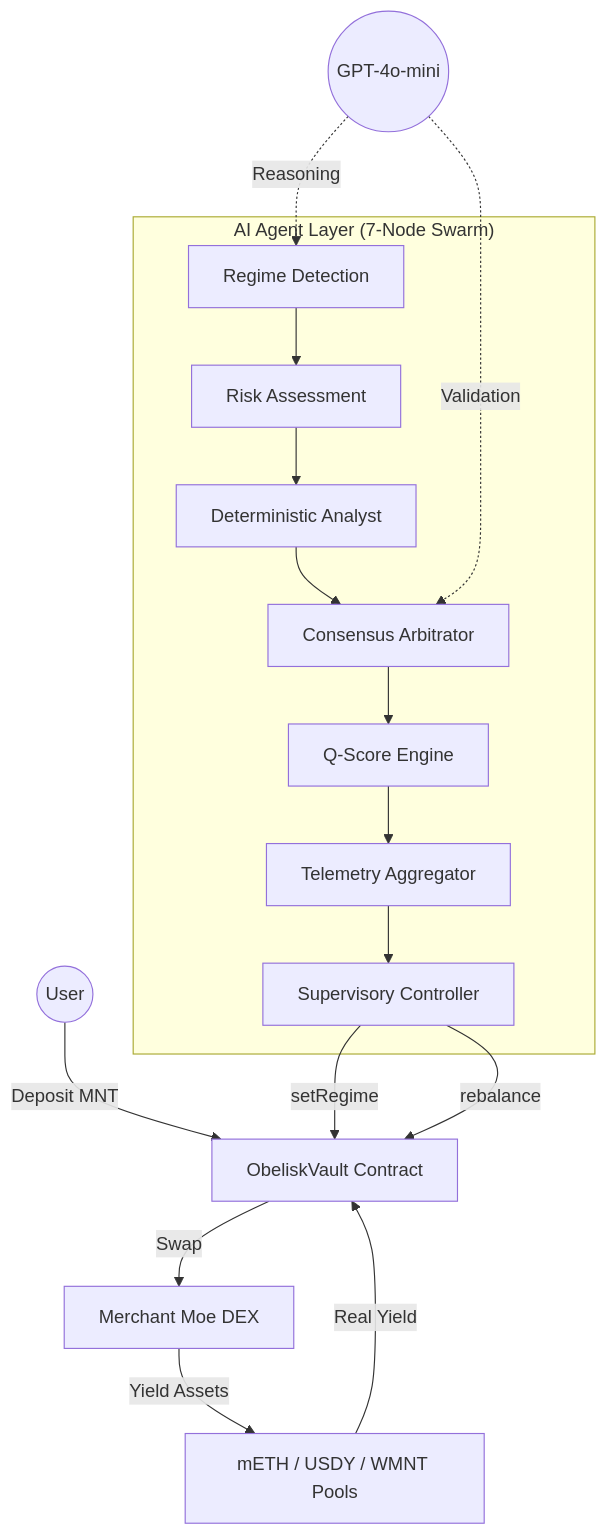
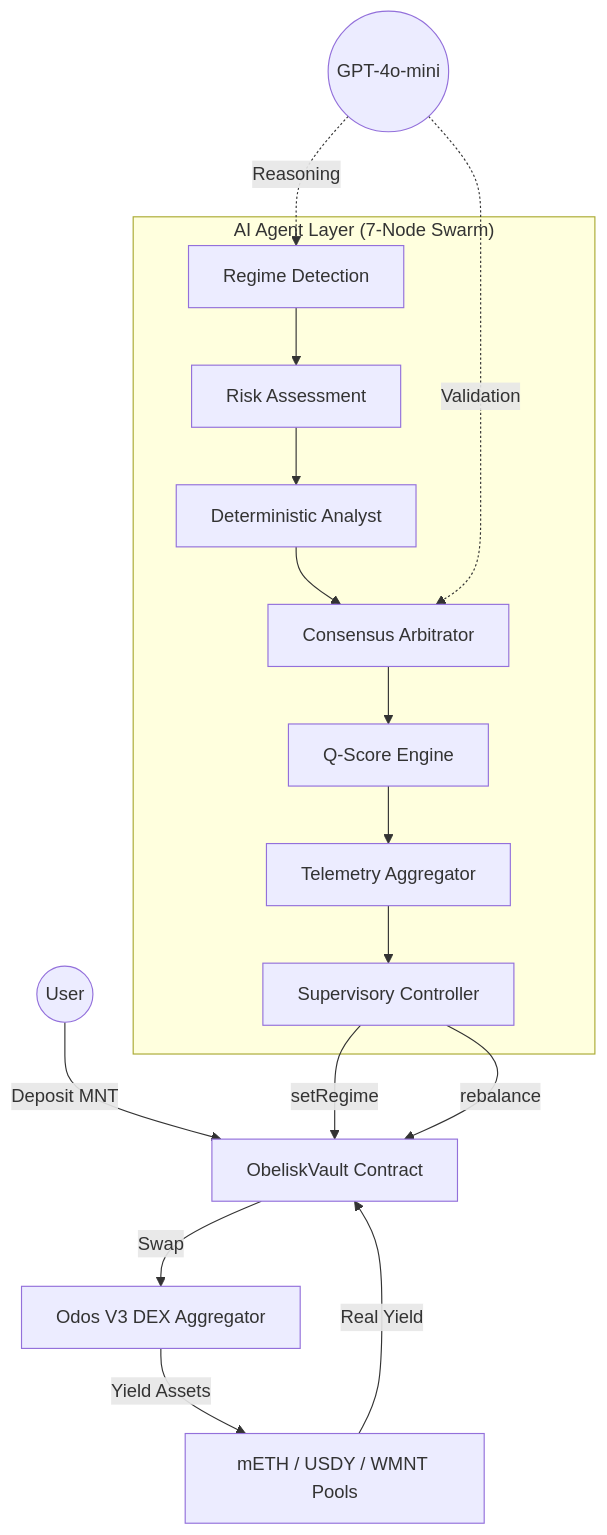
Before and after one commit to samixrd/Obelisk-Q: the diagram in README.md, drawn with Mermaid. The commit also changed other lines of this file and 7 other files, not shown here.

Commit message:
Update vault address references, replace Merchant Moe with Odos V3 DEX Aggregator, and set price impact guard to 0.5%

````diff
--- a/README.md
+++ b/README.md
@@ -194,24 +194,24 @@
 ```mermaid
 graph TD
     User((User)) -->|Deposit MNT| Vault[ObeliskVault Contract]
     
     subgraph "AI Agent Layer (7-Node Swarm)"
         Regime[Regime Detection] --> Risk[Risk Assessment]
         Risk --> Analyst[Deterministic Analyst]
         Analyst --> Consensus[Consensus Arbitrator]
         Consensus --> QScore[Q-Score Engine]
         QScore --> Telemetry[Telemetry Aggregator]
         Telemetry --> Supervisor[Supervisory Controller]
     end
 
     LLM((GPT-4o-mini)) -.->|Reasoning| Regime
     LLM -.->|Validation| Consensus
     
     Supervisor -->|setRegime| Vault
     Supervisor -->|rebalance| Vault
     
-    Vault -->|Swap| DEX[Merchant Moe DEX]
+    Vault -->|Swap| DEX[Odos V3 DEX Aggregator]
     DEX -->|Yield Assets| YieldPools[mETH / USDY / WMNT Pools]
     
     YieldPools -->|Real Yield| Vault
 ```
````
